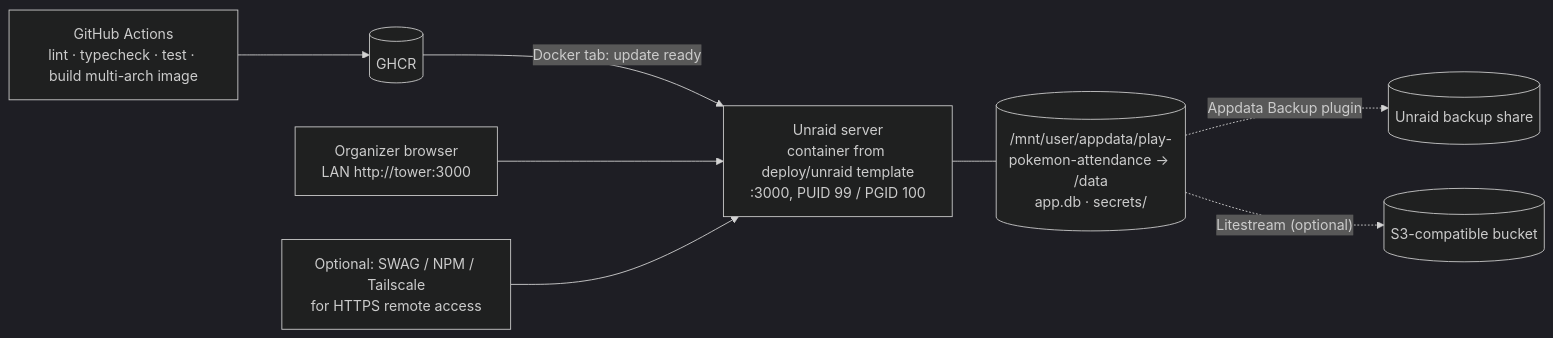
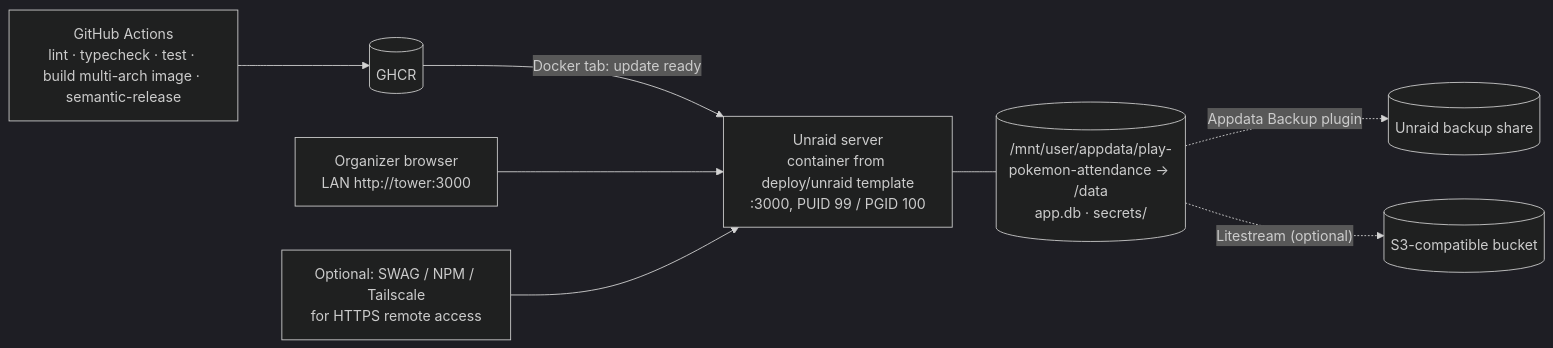
Before and after one commit to Towerism/play-pokemon-attendance-web: the fifth of 5 diagrams in docs/architecture/README.md, drawn with Mermaid (dark theme). The commit also changed other lines of this file and 2 other files, not shown here.

Commit message:
docs: automatic releases from Conventional Commits (architecture §11, ADR-0006, CLAUDE.md)

````diff
--- a/docs/architecture/README.md
+++ b/docs/architecture/README.md
@@ -720,10 +720,10 @@
 ```mermaid
 flowchart LR
-  GH["GitHub Actions<br/>lint · typecheck · test · build multi-arch image"] --> REG[(GHCR)]
+  GH["GitHub Actions<br/>lint · typecheck · test · build multi-arch image · semantic-release"] --> REG[(GHCR)]
   REG -- "Docker tab: update ready" --> HOST["Unraid server<br/>container from deploy/unraid template<br/>:3000, PUID 99 / PGID 100"]
   HOST --- VOL[("/mnt/user/appdata/play-pokemon-attendance → /data<br/>app.db · secrets/")]
   VOL -. "Appdata Backup plugin" .-> AB[("Unraid backup share")]
   VOL -. "Litestream (optional)" .-> B2[("S3-compatible bucket")]
   LAN["Organizer browser<br/>LAN http://tower:3000"] --> HOST
   RP["Optional: SWAG / NPM / Tailscale<br/>for HTTPS remote access"] --> HOST
 ```
````
